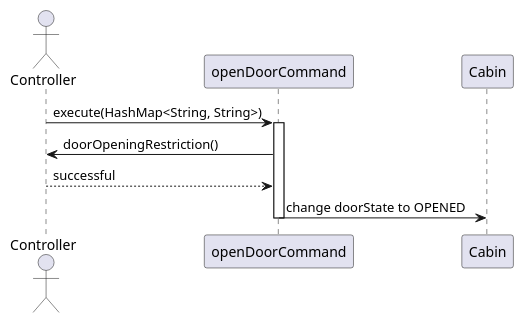
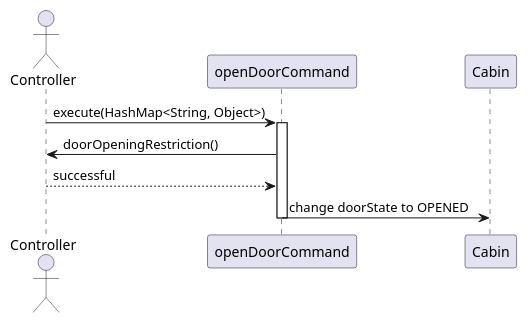
One commit to WhiteSnakeE/ElevatorDriver changed the diagram in src/documentation/command/openDoorCommand.puml. Above: the diagram before and after it, drawn with PlantUML. The commit also changed 6 other files, not shown here.

Commit message:
E23-17 value in HashMap in execute was changed to Object

```diff
--- a/src/documentation/command/openDoorCommand.puml
+++ b/src/documentation/command/openDoorCommand.puml
@@ -1,12 +1,12 @@
 @startuml
 
 actor Controller
 
-Controller -> openDoorCommand: execute(HashMap<String, String>)
+Controller -> openDoorCommand: execute(HashMap<String, Object>)
 activate openDoorCommand
 openDoorCommand -> Controller: doorOpeningRestriction()
 Controller --> openDoorCommand: successful
 openDoorCommand -> Cabin: change doorState to OPENED
 deactivate openDoorCommand
 
 @enduml
```
